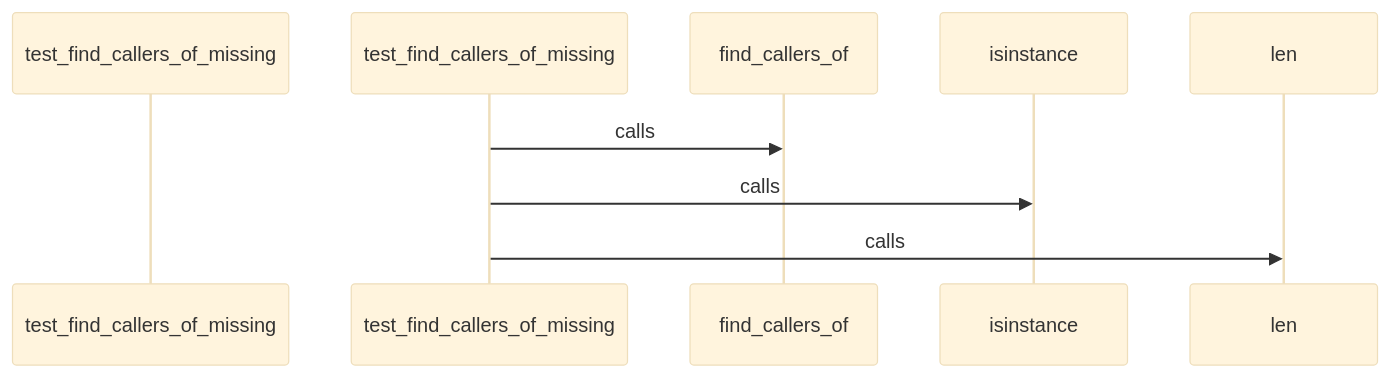
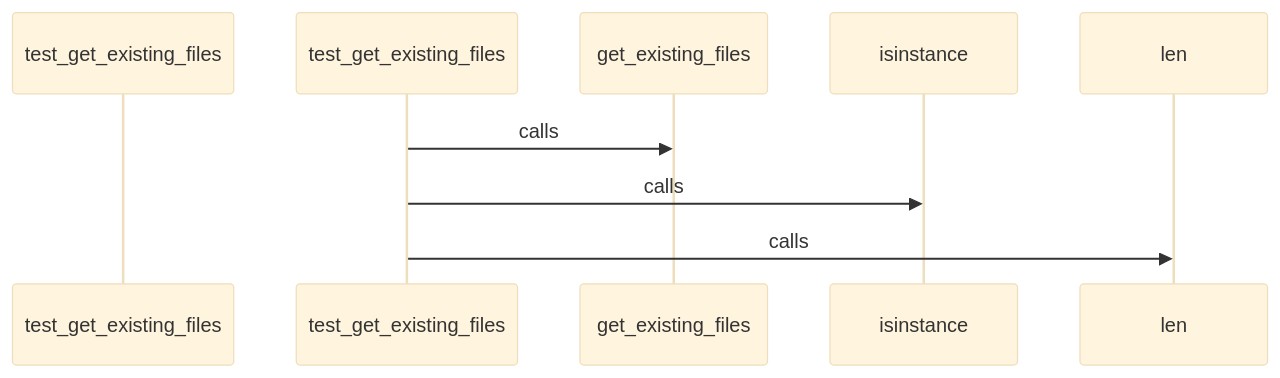
One commit to hazalkoom/DECODEx01 changed diagram 23 of 26 in docs/CALL_FLOW.md. Above: the diagram before and after it, drawn with Mermaid (base theme). The commit also changed other lines of this file and 15 other files, not shown here.

Commit message:
feat: NLG phases 2-4 - API scanner, few-shot schema, and story generator

````diff
--- a/docs/CALL_FLOW.md
+++ b/docs/CALL_FLOW.md
@@ -895,17 +865,17 @@
 ```mermaid
 sequenceDiagram
-    participant Start as test_find_callers_of_missing
+    participant Start as test_get_existing_files
 
 
-    test_find_callers_of_missing->>find_callers_of: calls
+    test_get_existing_files->>get_existing_files: calls
 
 
 
-    test_find_callers_of_missing->>isinstance: calls
+    test_get_existing_files->>isinstance: calls
 
 
 
-    test_find_callers_of_missing->>len: calls
+    test_get_existing_files->>len: calls
 
 
 ```
````
